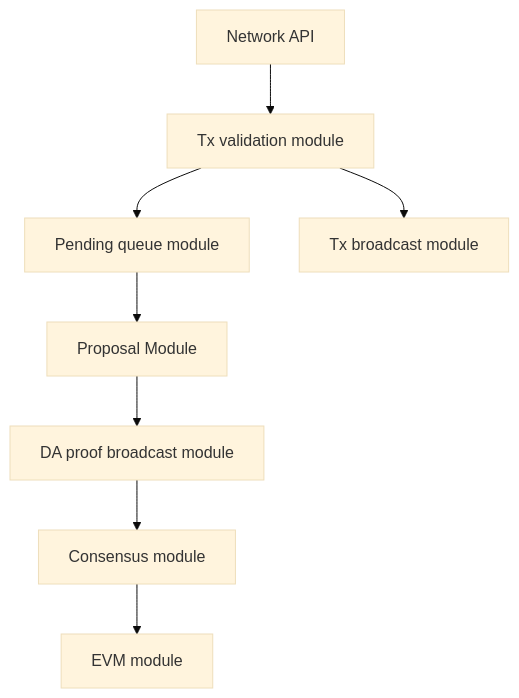
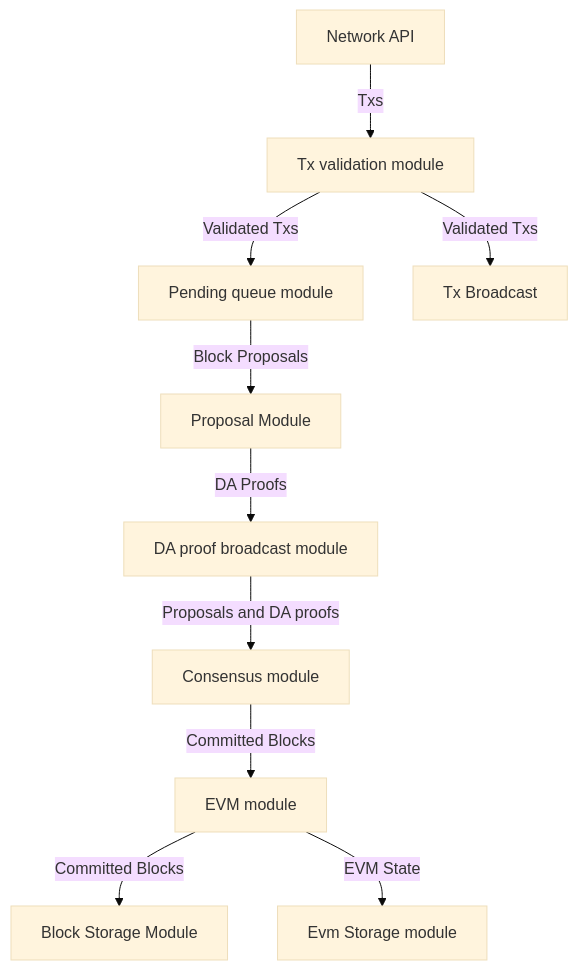
One commit to twizzworld/docs.skale.network changed the second of 2 diagrams in components/technology/modules/ROOT/pages/consensus-spec.adoc. Above: the diagram before and after it, drawn with Mermaid (base theme). The commit also changed other lines of this file, not shown here.

````diff
--- a/components/technology/modules/ROOT/pages/consensus-spec.adoc
+++ b/components/technology/modules/ROOT/pages/consensus-spec.adoc
@@ -45,5 +45,7 @@
 ```mermaid
 flowchart TD
-    b1[Network API] --> b2[Tx validation module] --> b3[Pending queue module] --> b5[Proposal Module] --> b6[DA proof broadcast module] --> b7[Consensus module] -->b8[EVM module]
-    b2 --> b4[Tx broadcast module]    
+    b1[Network API] -->|Txs| b2[Tx validation module] -->|Validated Txs| b3[Pending queue module] -->|Block Proposals| b5[Proposal Module] --> |DA Proofs| b6[DA proof broadcast module] --> |Proposals and DA proofs| b7[Consensus module] -->|Committed Blocks| b8[EVM module]
+    b2 -->|Validated Txs| b11[Tx Broadcast]
+    b8 -->|Committed Blocks| b9[Block Storage Module]
+    b8 -->|EVM State| b10[Evm Storage module]    
 ```
````
